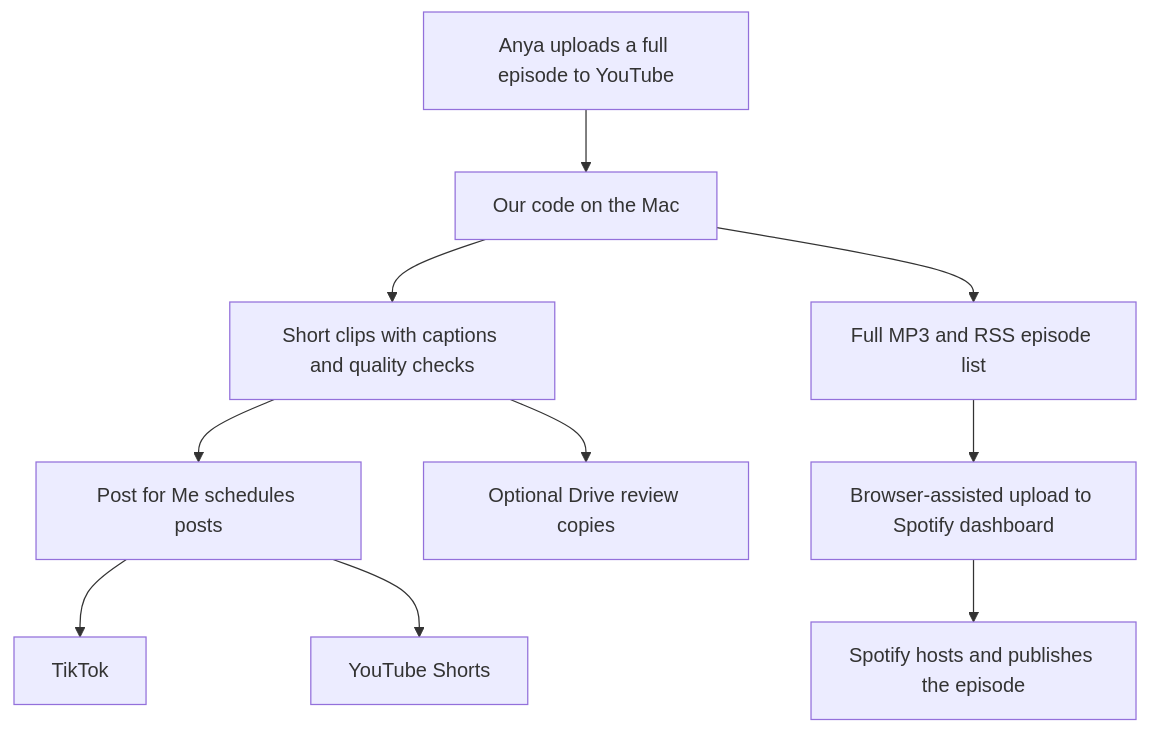
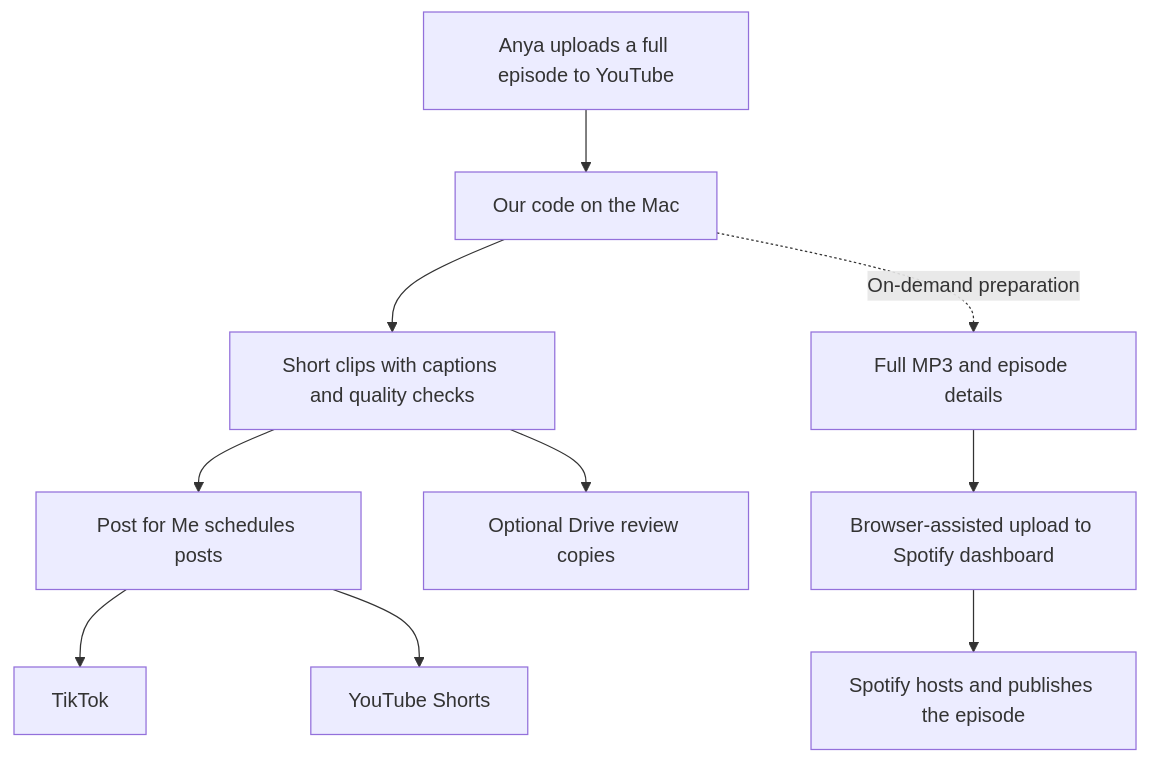
One commit to samokarplus/booboo-expansion-project changed the diagram in README.md. Above: the diagram before and after it, drawn with Mermaid. The commit also changed other lines of this file and 2 other files, not shown here.

````diff
--- a/README.md
+++ b/README.md
@@ -48,12 +50,12 @@
 ```mermaid
 flowchart TD
     A[Anya uploads a full episode to YouTube] --> B[Our code on the Mac]
     B --> C[Short clips with captions and quality checks]
     C --> D[Post for Me schedules posts]
     D --> E[TikTok]
     D --> F[YouTube Shorts]
     C --> G[Optional Drive review copies]
-    B --> H[Full MP3 and RSS episode list]
+    B -. On-demand preparation .-> H[Full MP3 and episode details]
     H --> I[Browser-assisted upload to Spotify dashboard]
     I --> J[Spotify hosts and publishes the episode]
 ```
````
